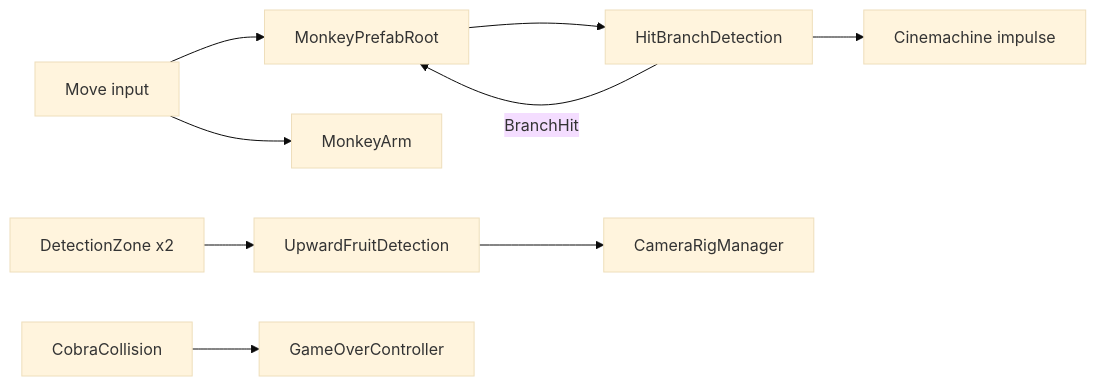
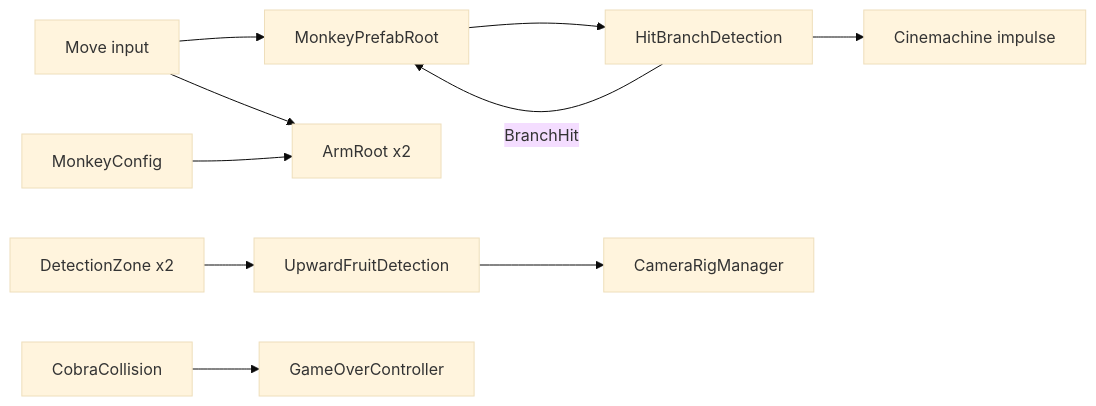
Before and after one commit to kami-lel/monkobra: the diagram in CONTEXT.md, drawn with Mermaid (base theme). The commit also changed other lines of this file and 6 other files, not shown here.

First line of the commit message:
move `ArmRoot` tuning into shared `MonkeyConfig` asset, wake rigidbody on drive

````diff
--- a/CONTEXT.md
+++ b/CONTEXT.md
@@ -50,11 +50,12 @@
 ```mermaid
 graph LR
   Input[Move input] --> Root[MonkeyPrefabRoot]
-  Input --> Arm[MonkeyArm]
+  Input --> Arm[ArmRoot x2]
+  Cfg[MonkeyConfig] --> Arm
   Root --> Hit[HitBranchDetection]
   Hit -->|BranchHit| Root
   Hit --> Shake[Cinemachine impulse]
   Zones[DetectionZone x2] --> Fruit[UpwardFruitDetection]
   Fruit --> Cam[CameraRigManager]
   Cobra[CobraCollision] --> Over[GameOverController]
 ```
````
